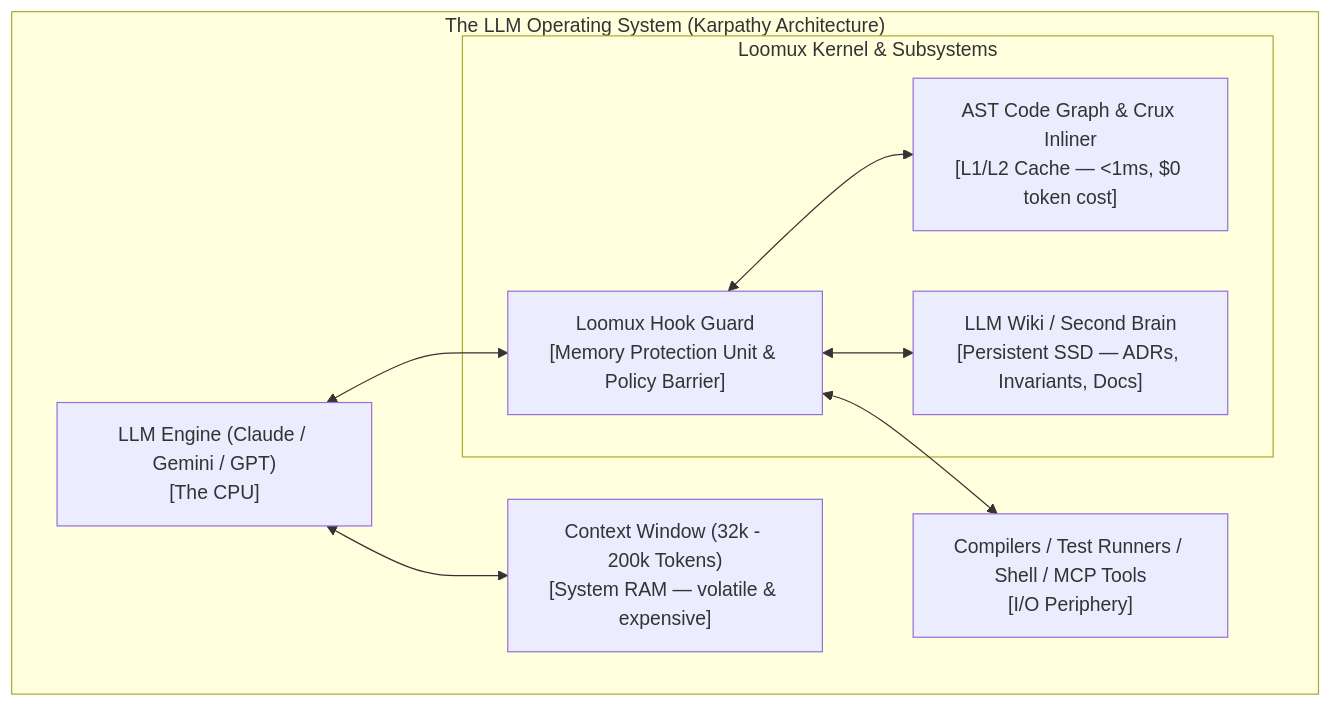
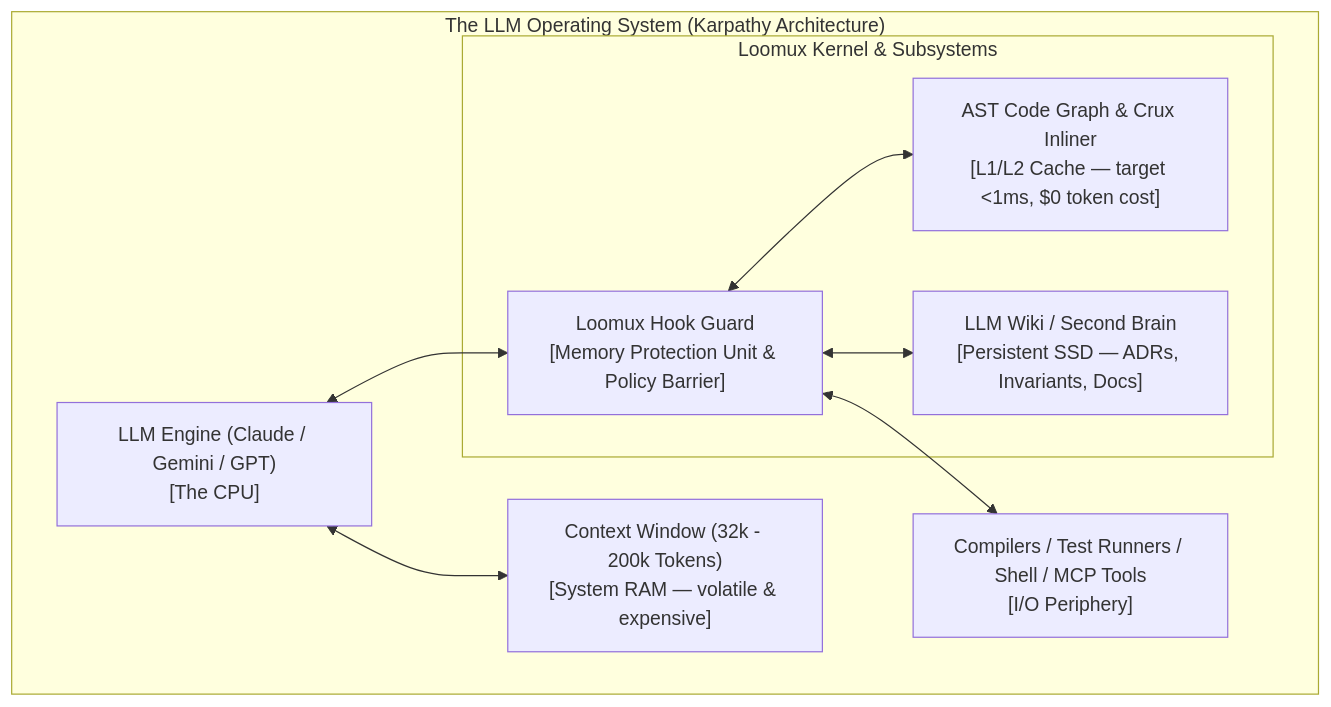
The second of 4 diagrams in docs/en/architecture.md (xidus90/loomux), drawn with Mermaid before and after one commit. The commit also changed 3 other files, not shown here.

First line of the commit message:
Call the remaining graph latencies targets

````diff
--- a/docs/en/architecture.md
+++ b/docs/en/architecture.md
@@ -52,21 +52,21 @@
 ```mermaid
 flowchart TD
     subgraph LLM_OS["The LLM Operating System (Karpathy Architecture)"]
         CPU["LLM Engine (Claude / Gemini / GPT)<br/>[The CPU]"]
         RAM["Context Window (32k - 200k Tokens)<br/>[System RAM — volatile & expensive]"]
         
         subgraph Loomux_Kernel["Loomux Kernel & Subsystems"]
             MPU["Loomux Hook Guard<br/>[Memory Protection Unit & Policy Barrier]"]
-            L1["AST Code Graph & Crux Inliner<br/>[L1/L2 Cache — <1ms, $0 token cost]"]
+            L1["AST Code Graph & Crux Inliner<br/>[L1/L2 Cache — target <1ms, $0 token cost]"]
             Disk["LLM Wiki / Second Brain<br/>[Persistent SSD — ADRs, Invariants, Docs]"]
         end
         
         Peripherals["Compilers / Test Runners / Shell / MCP Tools<br/>[I/O Periphery]"]
     end
     
     CPU <--> RAM
     CPU <--> MPU
     MPU <--> L1
     MPU <--> Disk
     MPU <--> Peripherals
 ```
````
